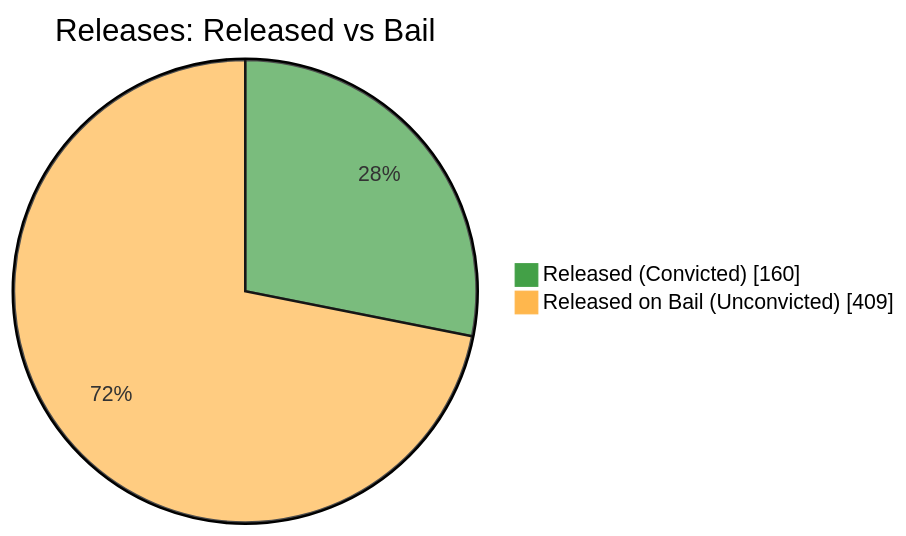
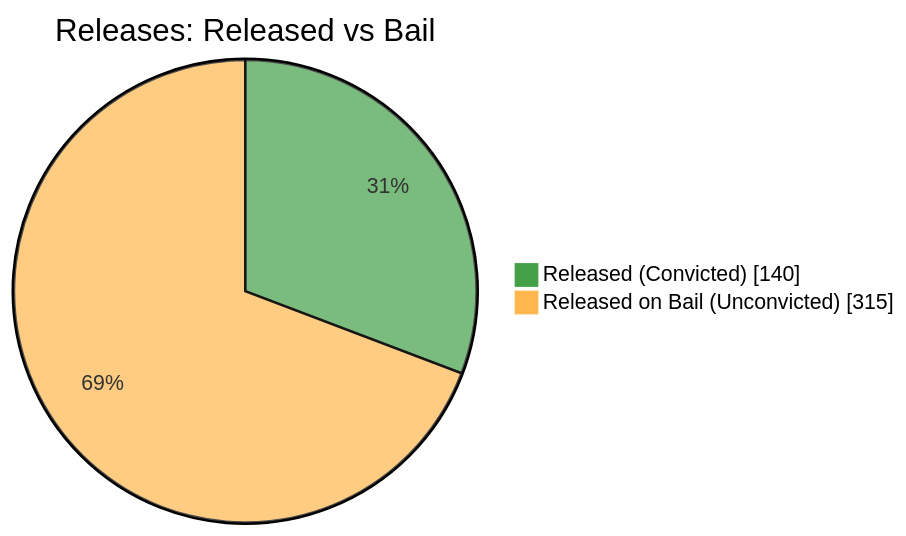
Before and after one commit to nuuuwan/lk_prisons: the fifth of 7 diagrams in README.md, drawn with Mermaid. The commit also changed other lines of this file and 1 other file, not shown here.

````diff
--- a/README.md
+++ b/README.md
@@ -87,6 +87,6 @@
 ```mermaid
 %%{init: {'themeVariables': {'pie1': '#43A047', 'pie2': '#FFB74D'}}}%%
 pie showData title Releases: Released vs Bail
-    "Released (Convicted)" : 160
-    "Released on Bail (Unconvicted)" : 409
+    "Released (Convicted)" : 140
+    "Released on Bail (Unconvicted)" : 315
 ```
````
